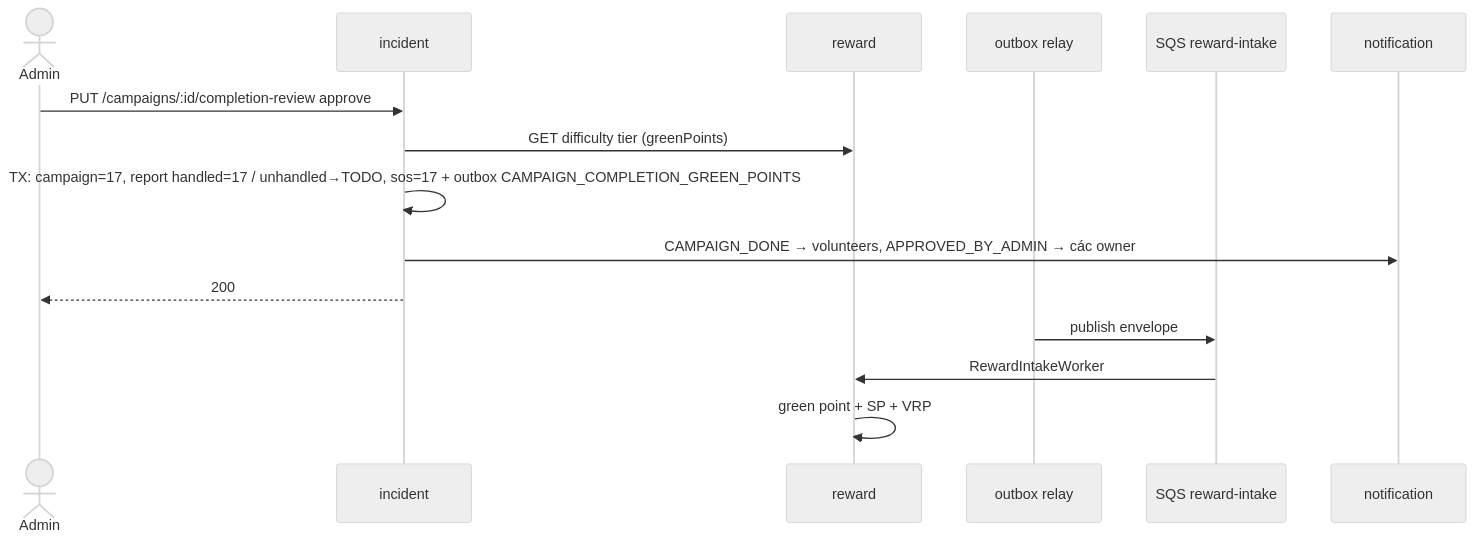
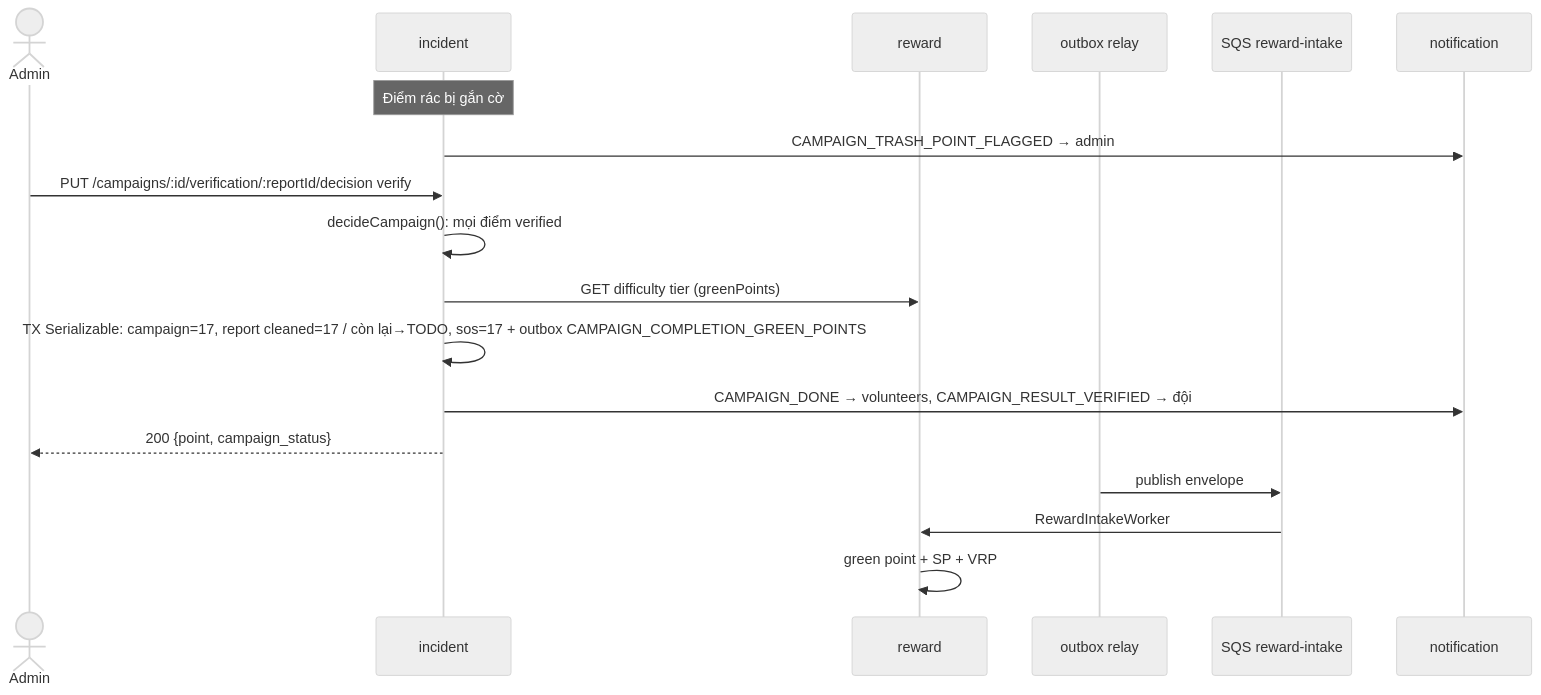
Before and after one commit to DOAN2-UQT-KN/ecolink-docs: diagram 22 of 28 in 02-business-flows.md, drawn with Mermaid (neutral theme). The commit also changed other lines of this file and 10 other files, not shown here.

Commit message:
docs: xác thực kết quả chiến dịch 3 lớp (Layer 1 ảnh, Layer 2 người báo cáo, Layer 3 cộng đồng), quyết định tự động, admin xử lý điểm bị gắn cờ

````diff
--- a/02-business-flows.md
+++ b/02-business-flows.md
@@ -942,17 +978,20 @@
 ```mermaid
 sequenceDiagram
   actor A as Admin
   participant INC as incident
   participant RW as reward
   participant RL as outbox relay
   participant Q as SQS reward-intake
   participant NS as notification
-  A->>INC: PUT /campaigns/:id/completion-review approve
+  Note over INC: Điểm rác bị gắn cờ
+  INC->>NS: CAMPAIGN_TRASH_POINT_FLAGGED → admin
+  A->>INC: PUT /campaigns/:id/verification/:reportId/decision verify
+  INC->>INC: decideCampaign(): mọi điểm verified
   INC->>RW: GET difficulty tier (greenPoints)
-  INC->>INC: TX: campaign=17, report handled=17 / unhandled→TODO, sos=17 + outbox CAMPAIGN_COMPLETION_GREEN_POINTS
-  INC->>NS: CAMPAIGN_DONE → volunteers, APPROVED_BY_ADMIN → các owner
-  INC-->>A: 200
+  INC->>INC: TX Serializable: campaign=17, report cleaned=17 / còn lại→TODO, sos=17 + outbox CAMPAIGN_COMPLETION_GREEN_POINTS
+  INC->>NS: CAMPAIGN_DONE → volunteers, CAMPAIGN_RESULT_VERIFIED → đội
+  INC-->>A: 200 {point, campaign_status}
   RL->>Q: publish envelope
   Q->>RW: RewardIntakeWorker
   RW->>RW: green point + SP + VRP
 ```
````
